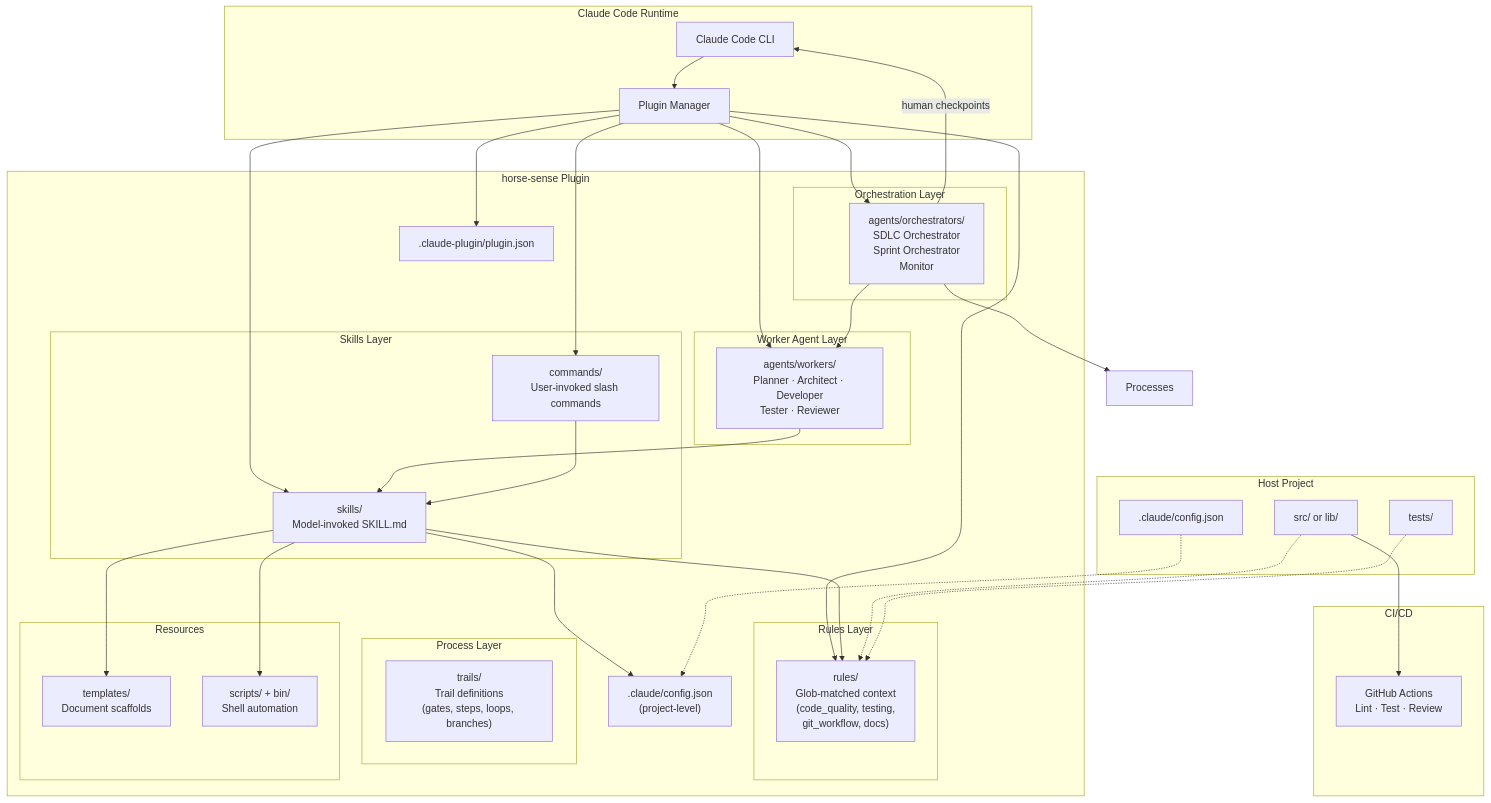
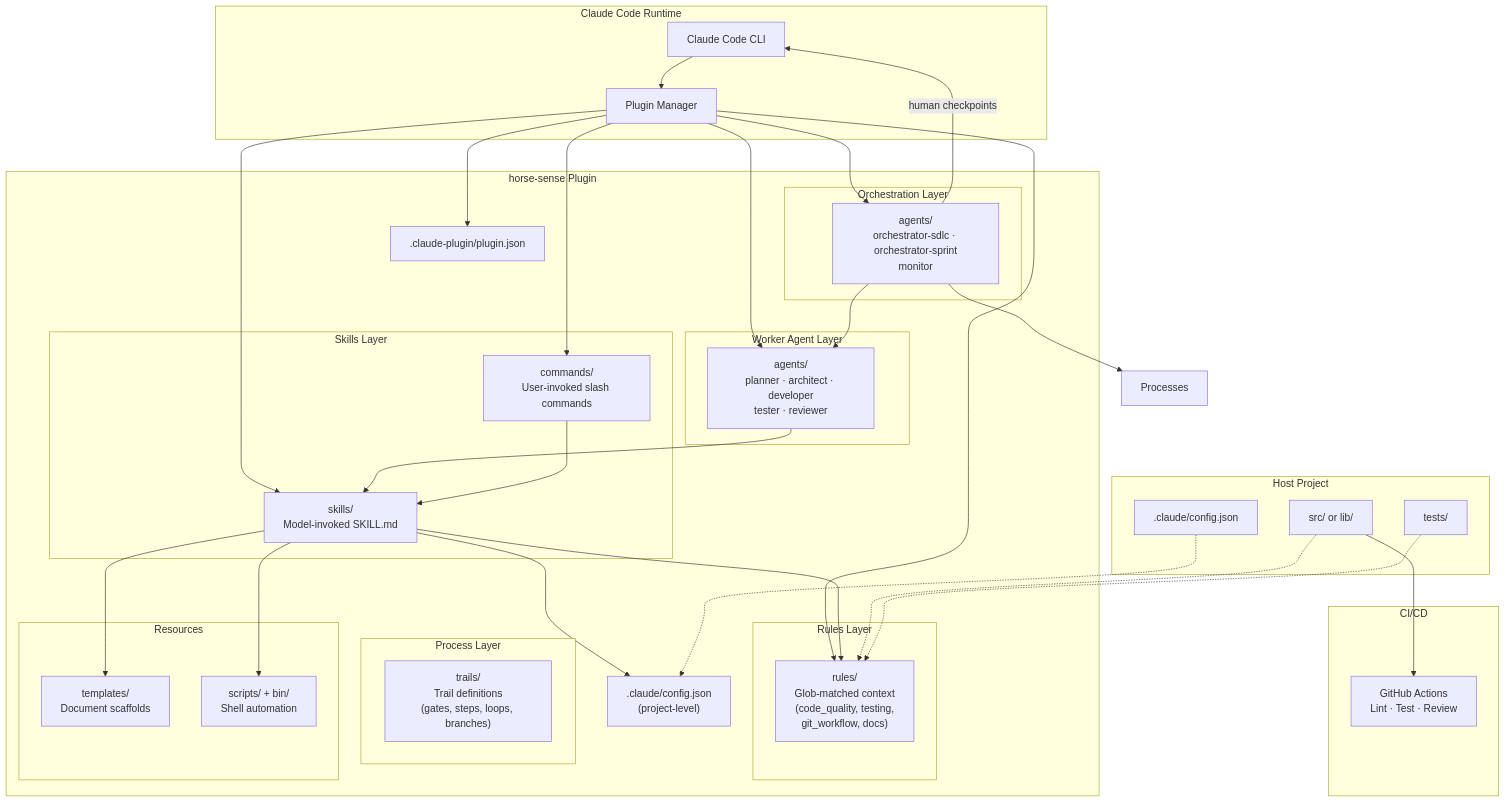
The first of 4 diagrams in docs/architecture/architecture_doc.md (edlovesjava/horse-sense), drawn with Mermaid before and after one commit.

````diff
--- a/docs/architecture/architecture_doc.md
+++ b/docs/architecture/architecture_doc.md
@@ -59,71 +59,71 @@
 ```mermaid
 graph TD
     subgraph "Claude Code Runtime"
         CC[Claude Code CLI]
         PM[Plugin Manager]
     end
 
     subgraph "horse-sense Plugin"
         Manifest[".claude-plugin/plugin.json"]
         Config[".claude/config.json<br/>(project-level)"]
 
         subgraph "Process Layer"
             Trails["trails/<br/>Trail definitions<br/>(gates, steps, loops, branches)"]
         end
 
         subgraph "Orchestration Layer"
-            Orchestrators["agents/orchestrators/<br/>SDLC Orchestrator<br/>Sprint Orchestrator<br/>Monitor"]
+            Orchestrators["agents/<br/>orchestrator-sdlc · orchestrator-sprint<br/>monitor"]
         end
 
         subgraph "Worker Agent Layer"
-            Workers["agents/workers/<br/>Planner · Architect · Developer<br/>Tester · Reviewer"]
+            Workers["agents/<br/>planner · architect · developer<br/>tester · reviewer"]
         end
 
         subgraph "Skills Layer"
             SlashCmds["commands/<br/>User-invoked slash commands"]
             AgentSkills["skills/<br/>Model-invoked SKILL.md"]
         end
 
         subgraph "Rules Layer"
             Rules["rules/<br/>Glob-matched context<br/>(code_quality, testing,<br/>git_workflow, docs)"]
         end
 
         subgraph "Resources"
             Templates["templates/<br/>Document scaffolds"]
             Scripts["scripts/ + bin/<br/>Shell automation"]
         end
     end
 
     subgraph "Host Project"
         ProjectConfig[".claude/config.json"]
         ProjectCode["src/ or lib/"]
         ProjectTests["tests/"]
     end
 
     subgraph "CI/CD"
         GHA["GitHub Actions<br/>Lint · Test · Review"]
     end
 
     CC --> PM
     PM --> Manifest
     PM --> SlashCmds
     PM --> AgentSkills
     PM --> Orchestrators
     PM --> Workers
     PM --> Rules
 
     Orchestrators --> Processes
     Orchestrators --> Workers
     Orchestrators -->|"human checkpoints"| CC
     Workers --> AgentSkills
     SlashCmds --> AgentSkills
     AgentSkills --> Rules
     AgentSkills --> Templates
     AgentSkills --> Scripts
     AgentSkills --> Config
 
     ProjectConfig -.-> Config
     ProjectCode -.-> Rules
     ProjectTests -.-> Rules
     ProjectCode --> GHA
 ```
````
